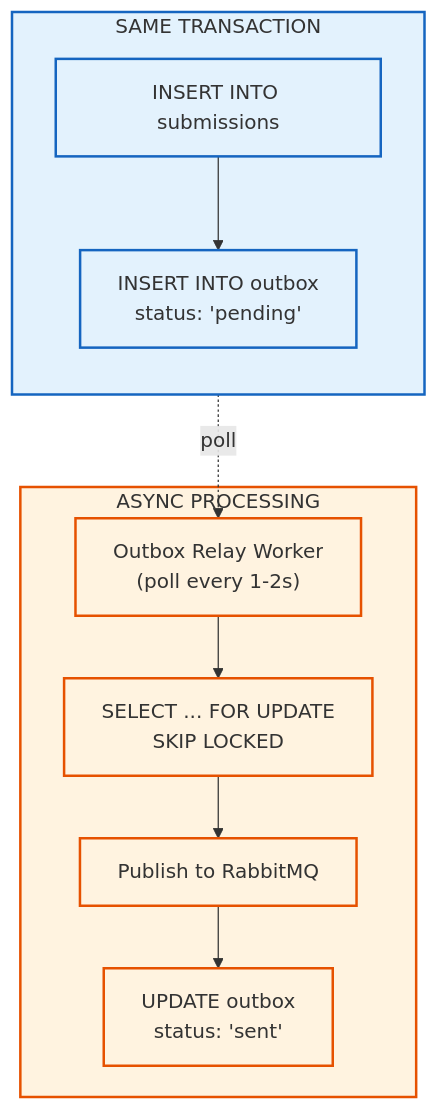
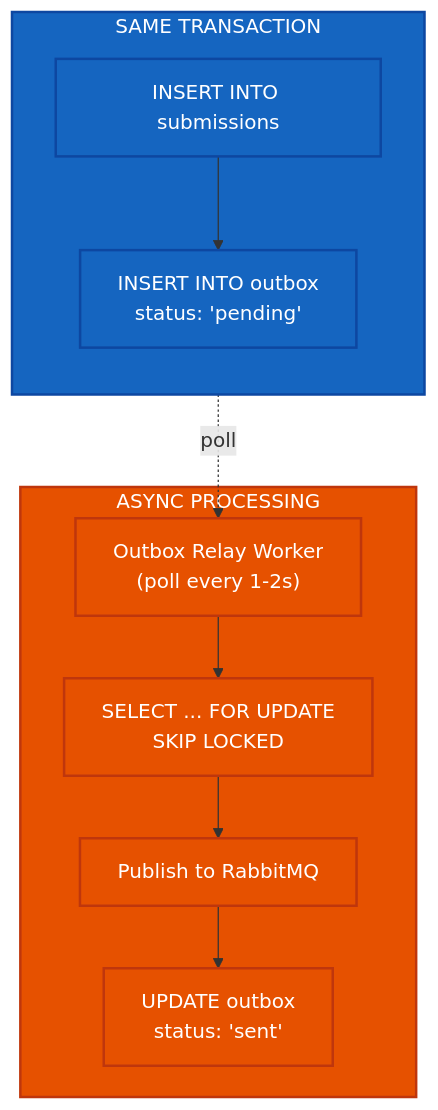
One commit to nghyane/VSTEP changed the sixth of 12 diagrams in docs/capstone/diagrams/flow-diagrams.vi.md. Above: the diagram before and after it, drawn with Mermaid. The commit also changed other lines of this file, not shown here.

First line of the commit message:
fix(docs): update diagram colors for dark mode compatibility

````diff
--- a/docs/capstone/diagrams/flow-diagrams.vi.md
+++ b/docs/capstone/diagrams/flow-diagrams.vi.md
@@ -296,24 +296,24 @@
 ```mermaid
 flowchart TB
     subgraph Transaction["SAME TRANSACTION"]
         direction TB
         Sub["INSERT INTO submissions"]
         Outbox["INSERT INTO outbox<br/>status: 'pending'"]
     end
 
     subgraph Async["ASYNC PROCESSING"]
         Relay["Outbox Relay Worker<br/>(poll every 1-2s)"]
         Lock["SELECT ... FOR UPDATE<br/>SKIP LOCKED"]
         Publish["Publish to RabbitMQ"]
         Confirm["UPDATE outbox<br/>status: 'sent'"]
     end
 
     Sub --> Outbox
     Outbox -.->|"poll"| Relay --> Lock --> Publish --> Confirm
 
-    classDef trans fill:#e3f2fd,stroke:#1565c0,stroke-width:2px
-    classDef async fill:#fff3e0,stroke:#e65100,stroke-width:2px
+    classDef trans fill:#1565c0,stroke:#0d47a1,stroke-width:2px,color:#fff
+    classDef async fill:#e65100,stroke:#bf360c,stroke-width:2px,color:#fff
 
     class Transaction,Sub,Outbox trans
     class Async,Relay,Lock,Publish,Confirm async
 ```
````
